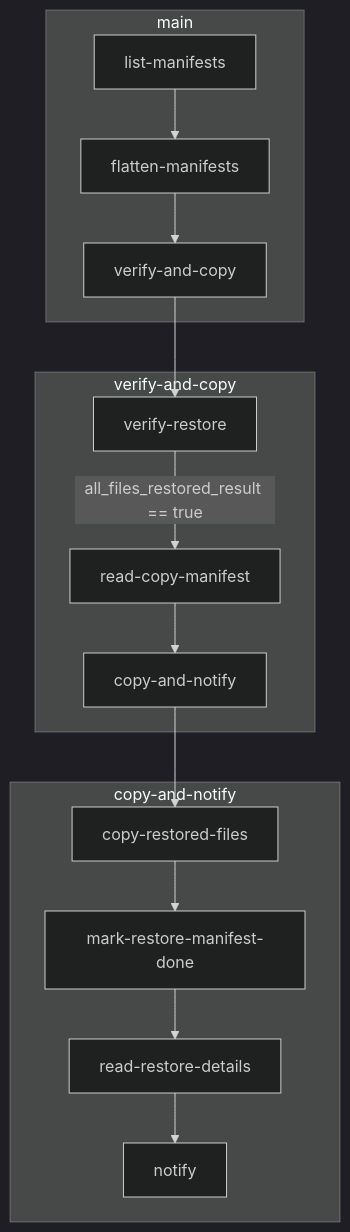
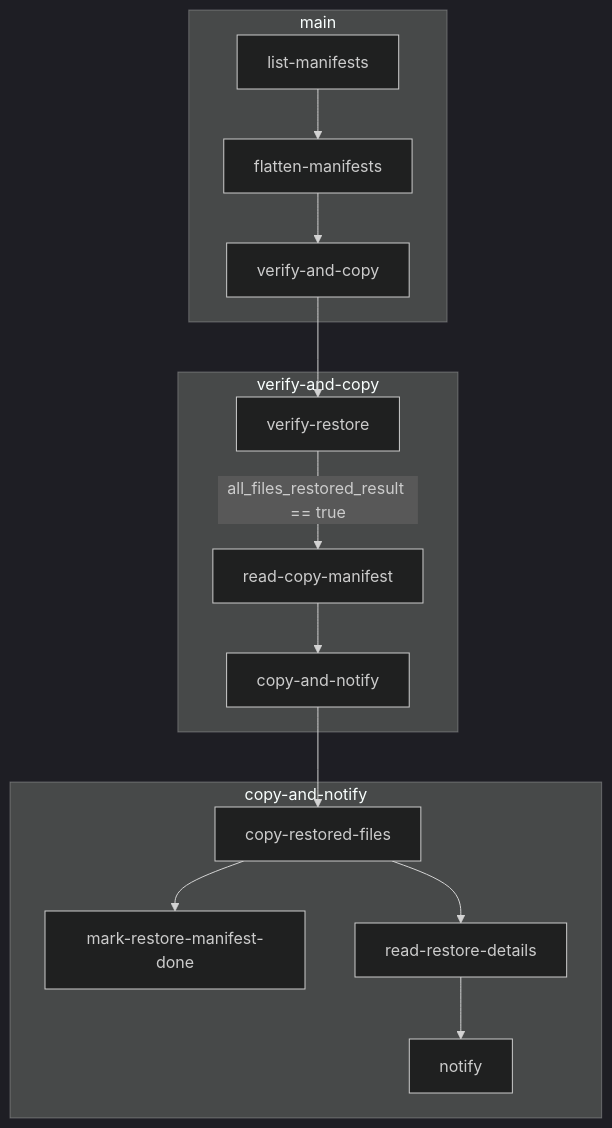
One commit to linz/topo-workflows changed the fourth of 4 diagrams in workflows/storage/README.md. Above: the diagram before and after it, drawn with Mermaid (dark theme). The commit also changed 1 other file, not shown here.

Commit message:
refactor: mark done in parallel of read-restore-details

````diff
--- a/workflows/storage/README.md
+++ b/workflows/storage/README.md
@@ -134,21 +134,21 @@
 ```mermaid
 graph TD
   subgraph main
     A[list-manifests] --> B[flatten-manifests]
     B --> C[verify-and-copy]
   end
 
   subgraph verify-and-copy
     C1[verify-restore] -->|all_files_restored_result == true| C2[read-copy-manifest]
     C2 --> C3[copy-and-notify]
   end
 
   subgraph copy-and-notify
-    D1[copy-restored-files] --> D2[mark-restore-manifest-done]
-    D2 --> D3[read-restore-details]
-    D3 --> D4[notify]
+    D1[copy-restored-files] --> mark-restore-manifest-done
+    D1[copy-restored-files] --> D2[read-restore-details]
+    D2 --> D3[notify]
   end
 
   C --> C1
   C3 --> D1
 ```
````
